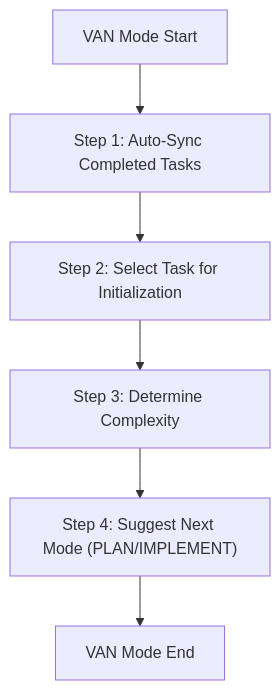
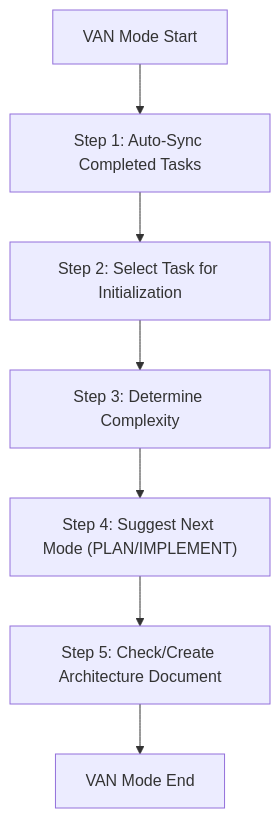
The diagram in .cursor/rules/isolation_rules/visual-maps/van_mode_split/van-mode-map.mdc (ms-moar/cursor-tools), drawn with Mermaid before and after one commit. The commit also changed other lines of this file and 5 other files, not shown here.

Commit message:
Добавлены напоминания об обновлении документации архитектуры в инструкциях для режимов CREATIVE, IMPLEMENT и VAN. Эти изменения помогут пользователям не забыть обновить `/docs/architecture.md` при внесении значительных архитектурных изменений.

````diff
--- a/.cursor/rules/isolation_rules/visual-maps/van_mode_split/van-mode-map.mdc
+++ b/.cursor/rules/isolation_rules/visual-maps/van_mode_split/van-mode-map.mdc
@@ -25,8 +25,9 @@
 ```mermaid
 graph TD
     Start["VAN Mode Start"] --> AutoSync["Step 1: Auto-Sync Completed Tasks"]
     AutoSync --> TaskSelect["Step 2: Select Task for Initialization"]
     TaskSelect --> Complexity["Step 3: Determine Complexity"]
     Complexity --> SuggestNext["Step 4: Suggest Next Mode (PLAN/IMPLEMENT)"]
-    SuggestNext --> End["VAN Mode End"]
+    SuggestNext --> CheckArchitecture["Step 5: Check/Create Architecture Document"]
+    CheckArchitecture --> End["VAN Mode End"]
 ```
````
